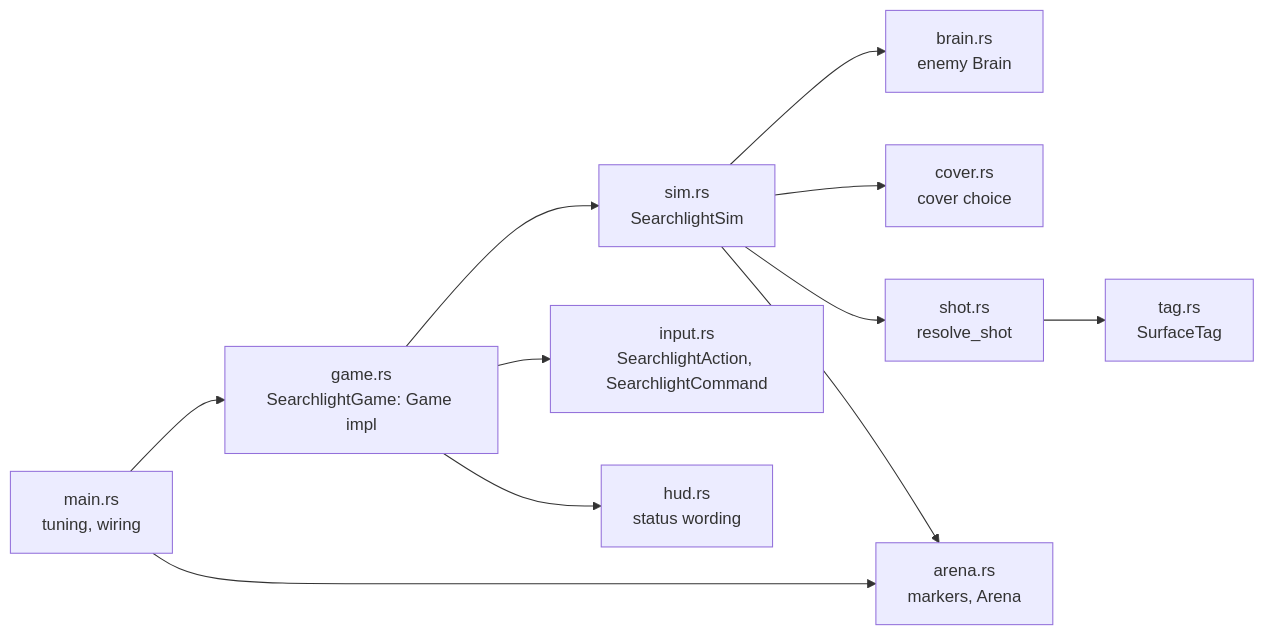
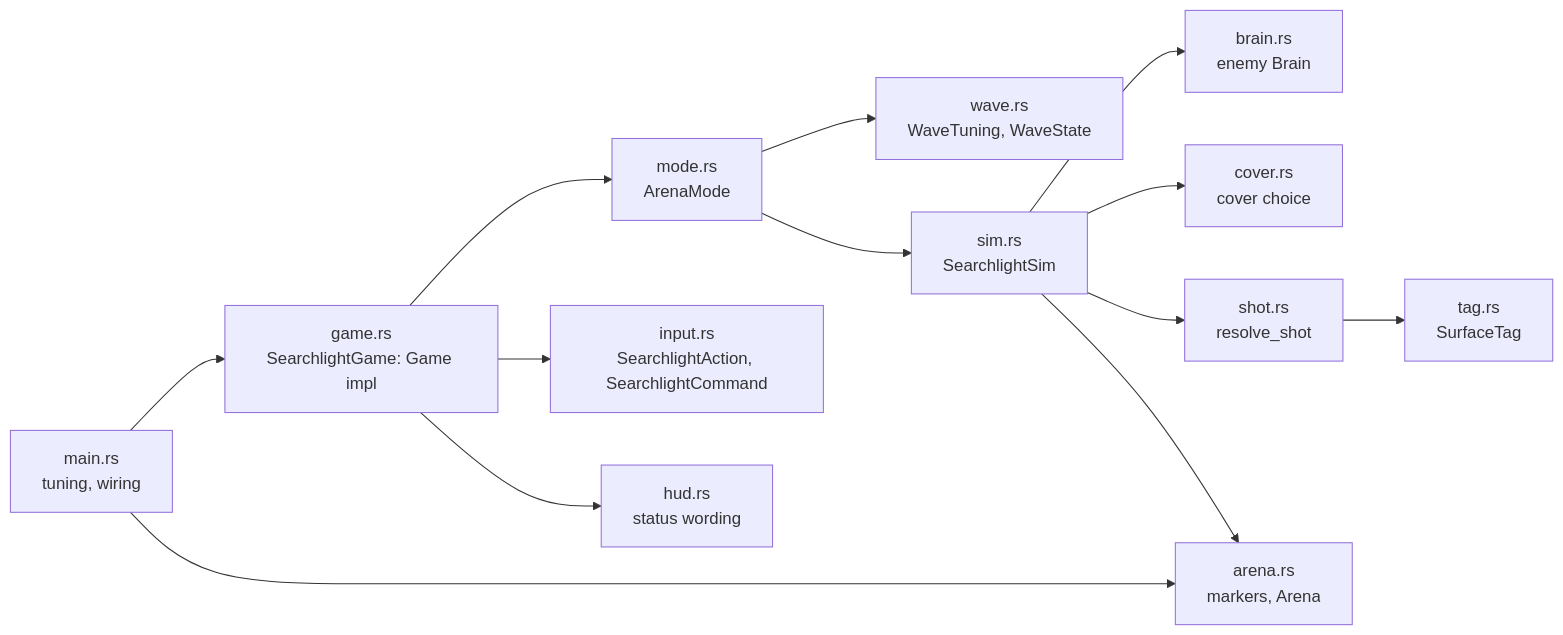
The diagram in wiki/architecture/searchlight.md (WrackedFella/moho), drawn with Mermaid before and after one commit. The commit also changed other lines of this file and 10 other files, not shown here.

````diff
--- a/wiki/architecture/searchlight.md
+++ b/wiki/architecture/searchlight.md
@@ -14,13 +14,15 @@
 ```mermaid
 flowchart LR
     main["main.rs<br/>tuning, wiring"] --> game["game.rs<br/>SearchlightGame: Game impl"]
-    game --> sim["sim.rs<br/>SearchlightSim"]
+    game --> mode["mode.rs<br/>ArenaMode"]
+    mode --> wave["wave.rs<br/>WaveTuning, WaveState"]
+    mode --> sim["sim.rs<br/>SearchlightSim"]
     game --> input["input.rs<br/>SearchlightAction, SearchlightCommand"]
     game --> hud["hud.rs<br/>status wording"]
     sim --> brain["brain.rs<br/>enemy Brain"]
     sim --> cover["cover.rs<br/>cover choice"]
     sim --> shot["shot.rs<br/>resolve_shot"]
     shot --> tag["tag.rs<br/>SurfaceTag"]
     main --> arena["arena.rs<br/>markers, Arena"]
     sim --> arena
 ```
````
